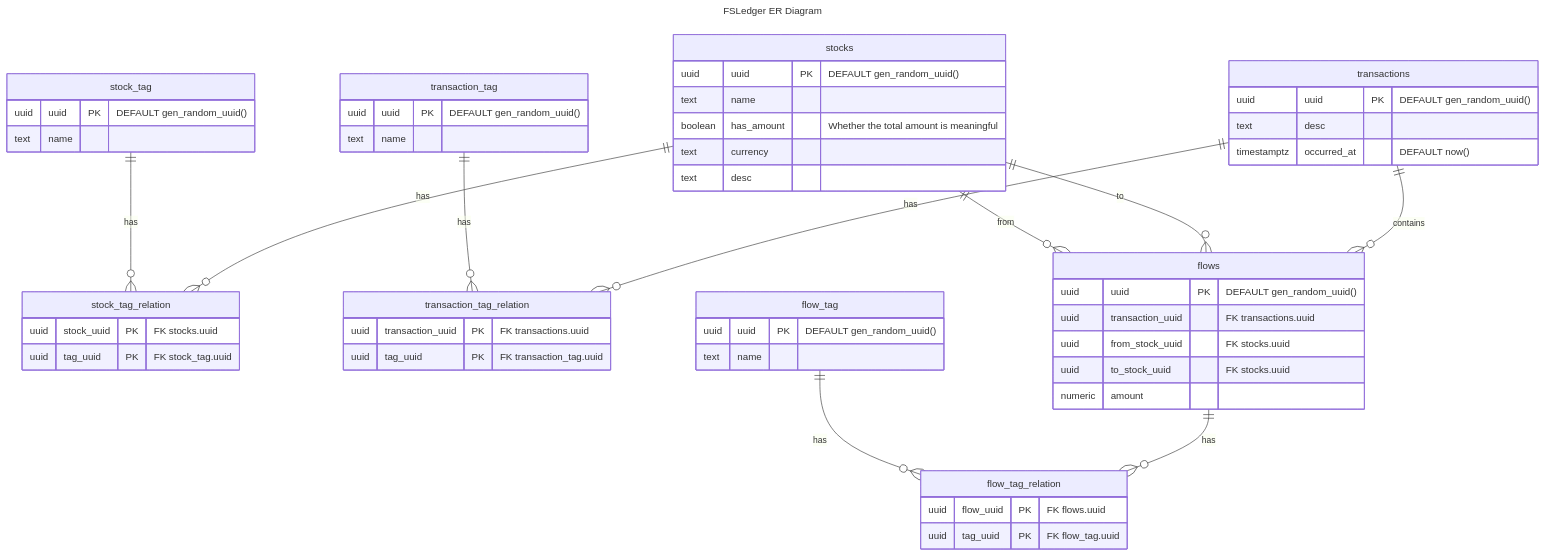
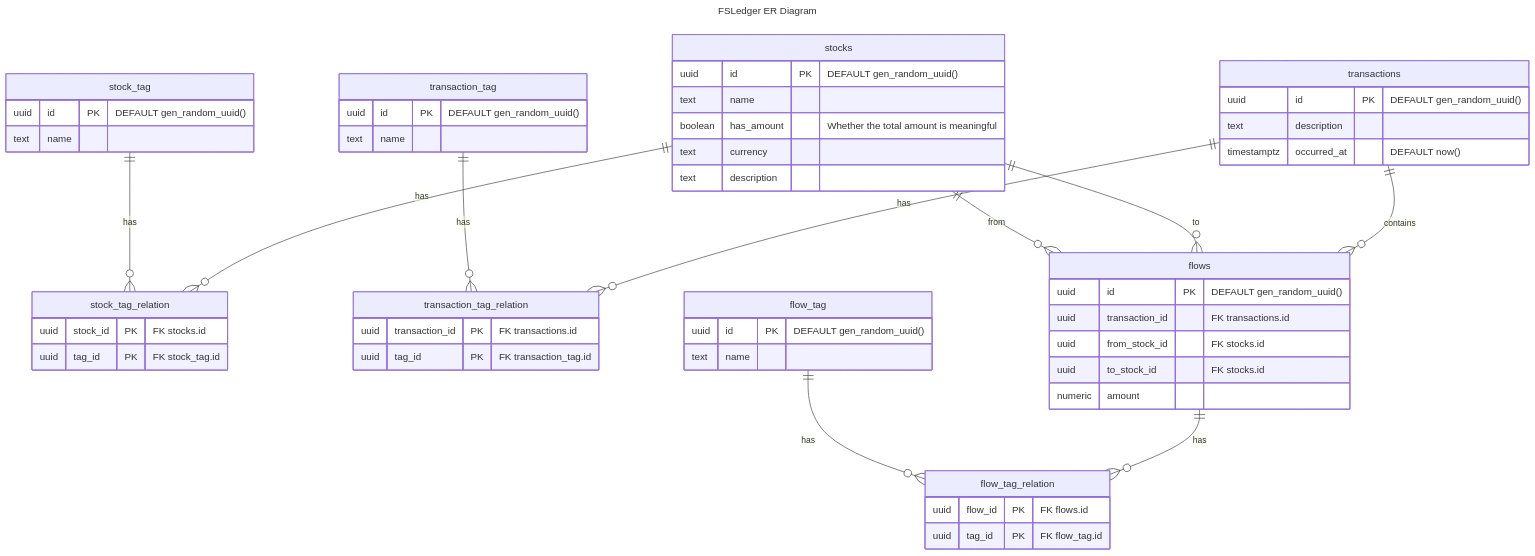
Before and after one commit to M-Haruki/fsledger: the diagram in README.md, drawn with Mermaid.

Commit message:
fix er diagram

````diff
--- a/README.md
+++ b/README.md
@@ -11,71 +11,71 @@
 ```mermaid
 ---
 title: "FSLedger ER Diagram"
 ---
 
 erDiagram
     stocks{
-        uuid uuid PK "DEFAULT gen_random_uuid()"
+        uuid id PK "DEFAULT gen_random_uuid()"
         text name
         boolean has_amount "Whether the total amount is meaningful"
         text currency
-        text desc
+        text description
     }
 
     stock_tag{
-        uuid uuid PK "DEFAULT gen_random_uuid()"
+        uuid id PK "DEFAULT gen_random_uuid()"
         text name
     }
 
     stock_tag_relation{
-        uuid stock_uuid PK "FK stocks.uuid"
-        uuid tag_uuid PK "FK stock_tag.uuid"
+        uuid stock_id PK "FK stocks.id"
+        uuid tag_id PK "FK stock_tag.id"
     }
     
     transactions{
-        uuid uuid PK "DEFAULT gen_random_uuid()"
-        text desc
+        uuid id PK "DEFAULT gen_random_uuid()"
+        text description
         timestamptz occurred_at "DEFAULT now()"
     }
 
     transaction_tag{
-        uuid uuid PK "DEFAULT gen_random_uuid()"
+        uuid id PK "DEFAULT gen_random_uuid()"
         text name
     }
 
     transaction_tag_relation{
-        uuid transaction_uuid PK "FK transactions.uuid"
-        uuid tag_uuid PK "FK transaction_tag.uuid"
+        uuid transaction_id PK "FK transactions.id"
+        uuid tag_id PK "FK transaction_tag.id"
     }
 
     flows{
-        uuid uuid PK "DEFAULT gen_random_uuid()"
-        uuid transaction_uuid "FK transactions.uuid"
-        uuid from_stock_uuid "FK stocks.uuid"
-        uuid to_stock_uuid "FK stocks.uuid"
+        uuid id PK "DEFAULT gen_random_uuid()"
+        uuid transaction_id "FK transactions.id"
+        uuid from_stock_id "FK stocks.id"
+        uuid to_stock_id "FK stocks.id"
         numeric amount
     }
 
     flow_tag{
-        uuid uuid PK "DEFAULT gen_random_uuid()"
+        uuid id PK "DEFAULT gen_random_uuid()"
         text name
     }
 
     flow_tag_relation{
-        uuid flow_uuid PK "FK flows.uuid"
-        uuid tag_uuid PK "FK flow_tag.uuid"
+        uuid flow_id PK "FK flows.id"
+        uuid tag_id PK "FK flow_tag.id"
     }
 
     stocks ||--o{ stock_tag_relation : has
     stock_tag ||--o{ stock_tag_relation : has
 
     transactions ||--o{ transaction_tag_relation : has
     transaction_tag ||--o{ transaction_tag_relation : has
 
     flows ||--o{ flow_tag_relation : has
     flow_tag ||--o{ flow_tag_relation : has
 
     transactions ||--o{ flows : contains
     stocks ||--o{ flows : "to"
     stocks ||--o{ flows : "from"
 ```
````
